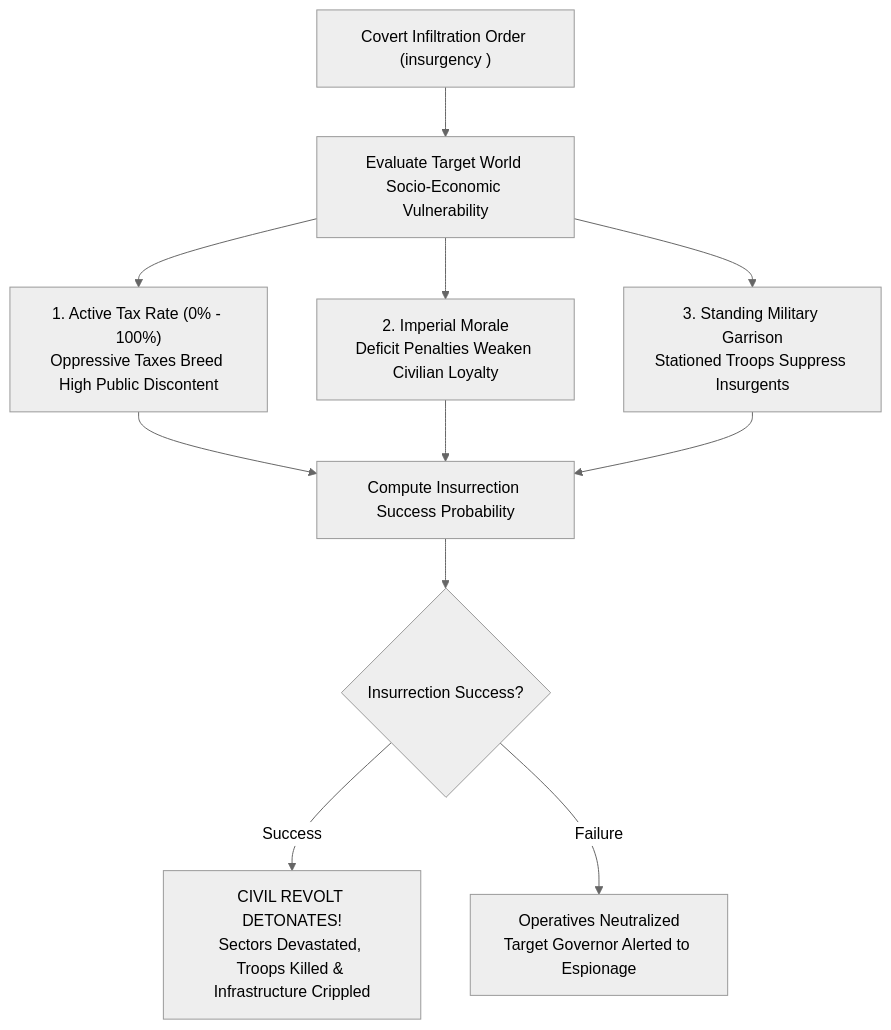
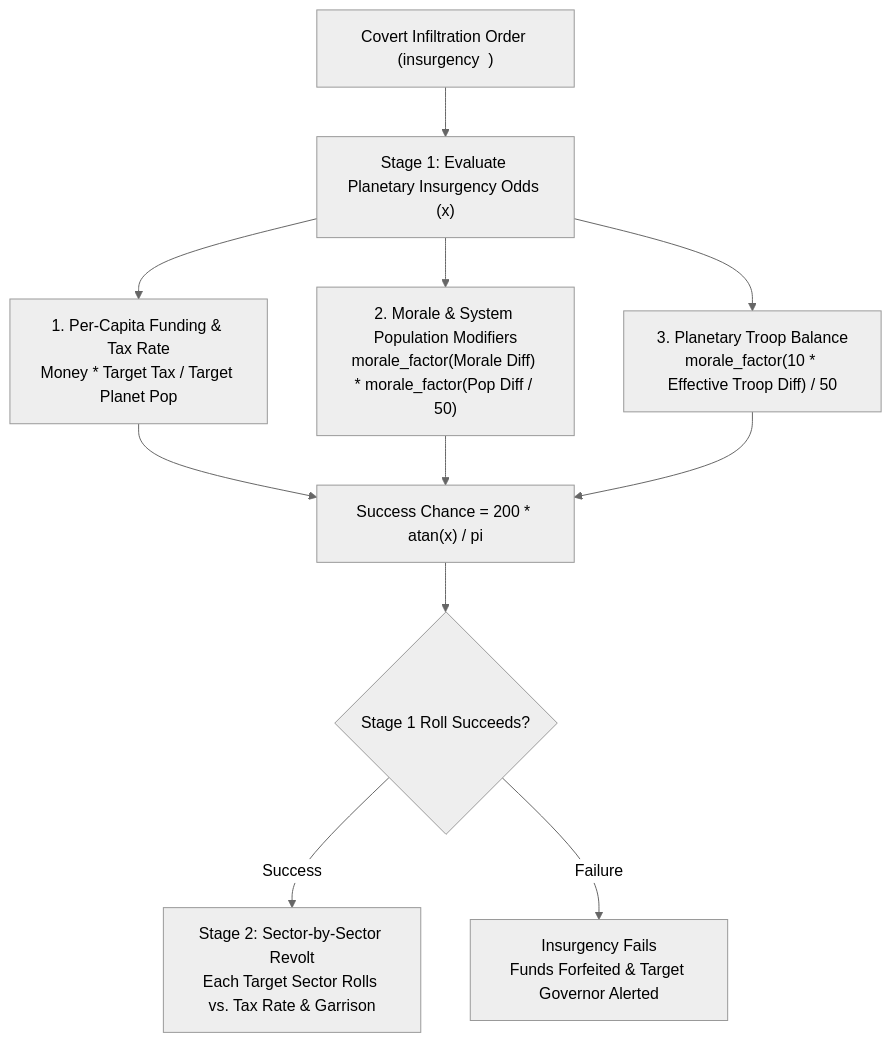
One commit to kaladron/galactic-bloodshed changed the second of 4 diagrams in docs/covert_ops.md. Above: the diagram before and after it, drawn with Mermaid (neutral theme). The commit also changed other lines of this file and 7 other files, not shown here.

````diff
--- a/docs/covert_ops.md
+++ b/docs/covert_ops.md
@@ -21,15 +21,15 @@
 ```mermaid
 flowchart TD
-    Infiltrate["Covert Infiltration Order (insurgency <planet>)"] --> Assess["Evaluate Target World Socio-Economic Vulnerability"]
-    Assess --> TaxRate["1. Active Tax Rate (0% - 100%)\nOppressive Taxes Breed High Public Discontent"]
-    Assess --> Morale["2. Imperial Morale\nDeficit Penalties Weaken Civilian Loyalty"]
-    Assess --> Garrison["3. Standing Military Garrison\nStationed Troops Suppress Insurgents"]
+    Infiltrate["Covert Infiltration Order (insurgency <race> <money>)"] --> Assess["Stage 1: Evaluate Planetary Insurgency Odds (x)"]
+    Assess --> TaxRate["1. Per-Capita Funding & Tax Rate\nMoney * Target Tax / Target Planet Pop"]
+    Assess --> Morale["2. Morale & System Population Modifiers\nmorale_factor(Morale Diff) * morale_factor(Pop Diff / 50)"]
+    Assess --> Garrison["3. Planetary Troop Balance\nmorale_factor(10 * Effective Troop Diff) / 50"]
     
-    TaxRate --> Calc["Compute Insurrection Success Probability"]
+    TaxRate --> Calc["Success Chance = 200 * atan(x) / pi"]
     Morale --> Calc
     Garrison --> Calc
     
-    Calc --> Outcome{"Insurrection Success?"}
-    Outcome -->|Success| Revolt["CIVIL REVOLT DETONATES!\nSectors Devastated, Troops Killed & Infrastructure Crippled"]
-    Outcome -->|Failure| Exposed["Operatives Neutralized\nTarget Governor Alerted to Espionage"]
+    Calc --> Outcome{"Stage 1 Roll Succeeds?"}
+    Outcome -->|Success| Revolt["Stage 2: Sector-by-Sector Revolt\nEach Target Sector Rolls vs. Tax Rate & Garrison"]
+    Outcome -->|Failure| Exposed["Insurgency Fails\nFunds Forfeited & Target Governor Alerted"]
 ```
````
